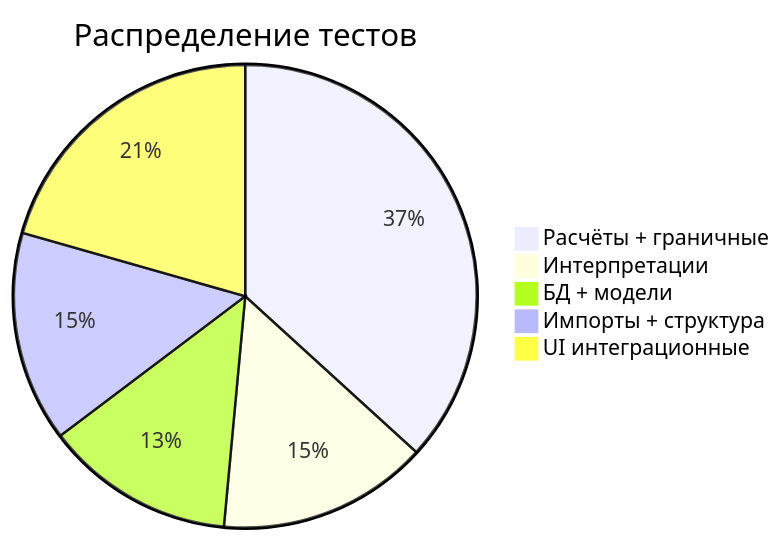
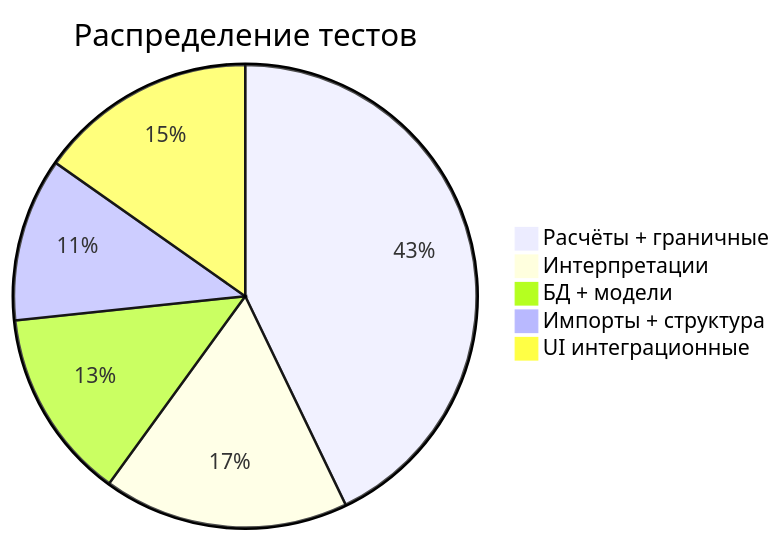
Before and after one commit to levpr1c/psychotests: the seventh of 7 diagrams in docs/development.md, drawn with Mermaid. The commit also changed other lines of this file and 1 other file, not shown here.

````diff
--- a/docs/development.md
+++ b/docs/development.md
@@ -216,8 +237,8 @@
 ```mermaid
 pie title Распределение тестов
-    "Расчёты + граничные" : 25
-    "Интерпретации" : 10
-    "БД + модели" : 9
-    "Импорты + структура" : 10
-    "UI интеграционные" : 14
+    "Расчёты + граничные" : 45
+    "Интерпретации" : 18
+    "БД + модели" : 14
+    "Импорты + структура" : 12
+    "UI интеграционные" : 16
 ```
````
